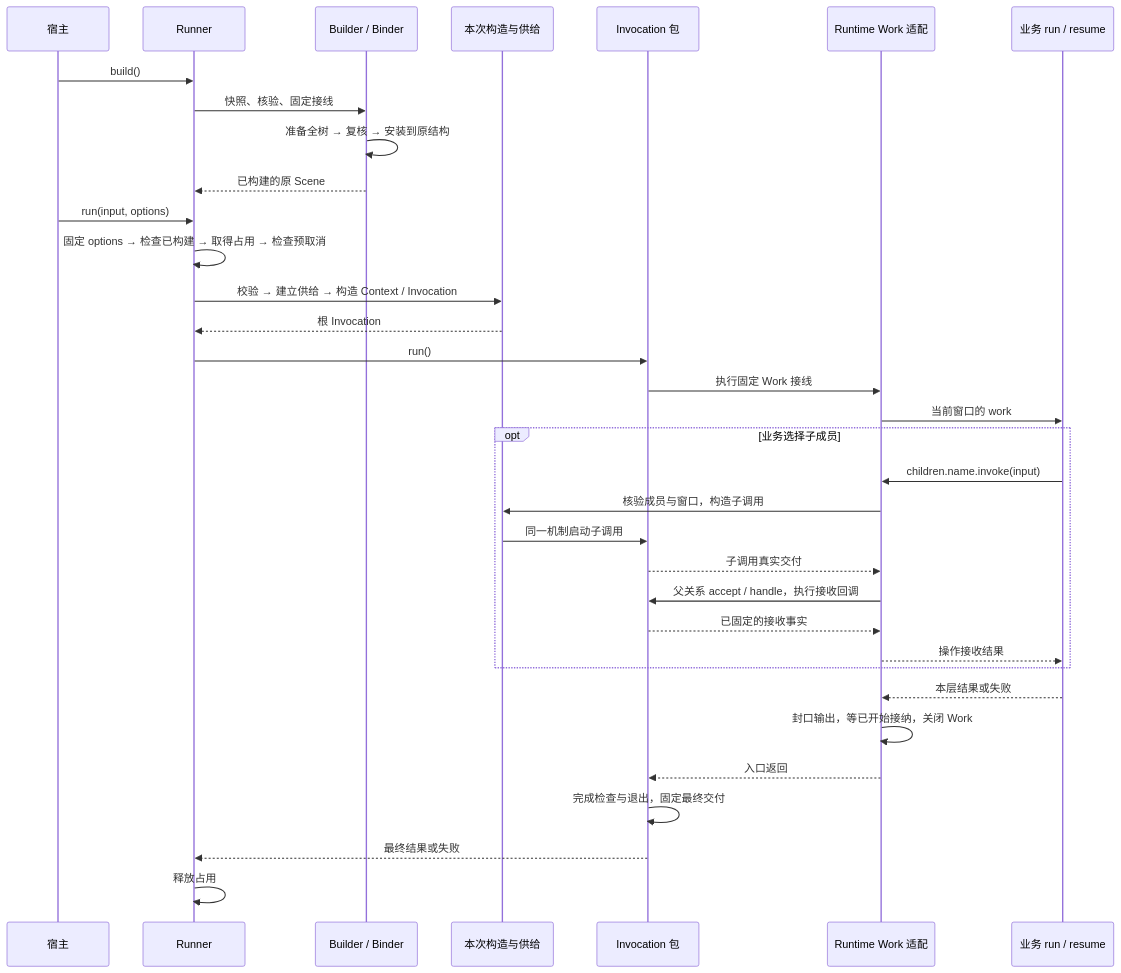
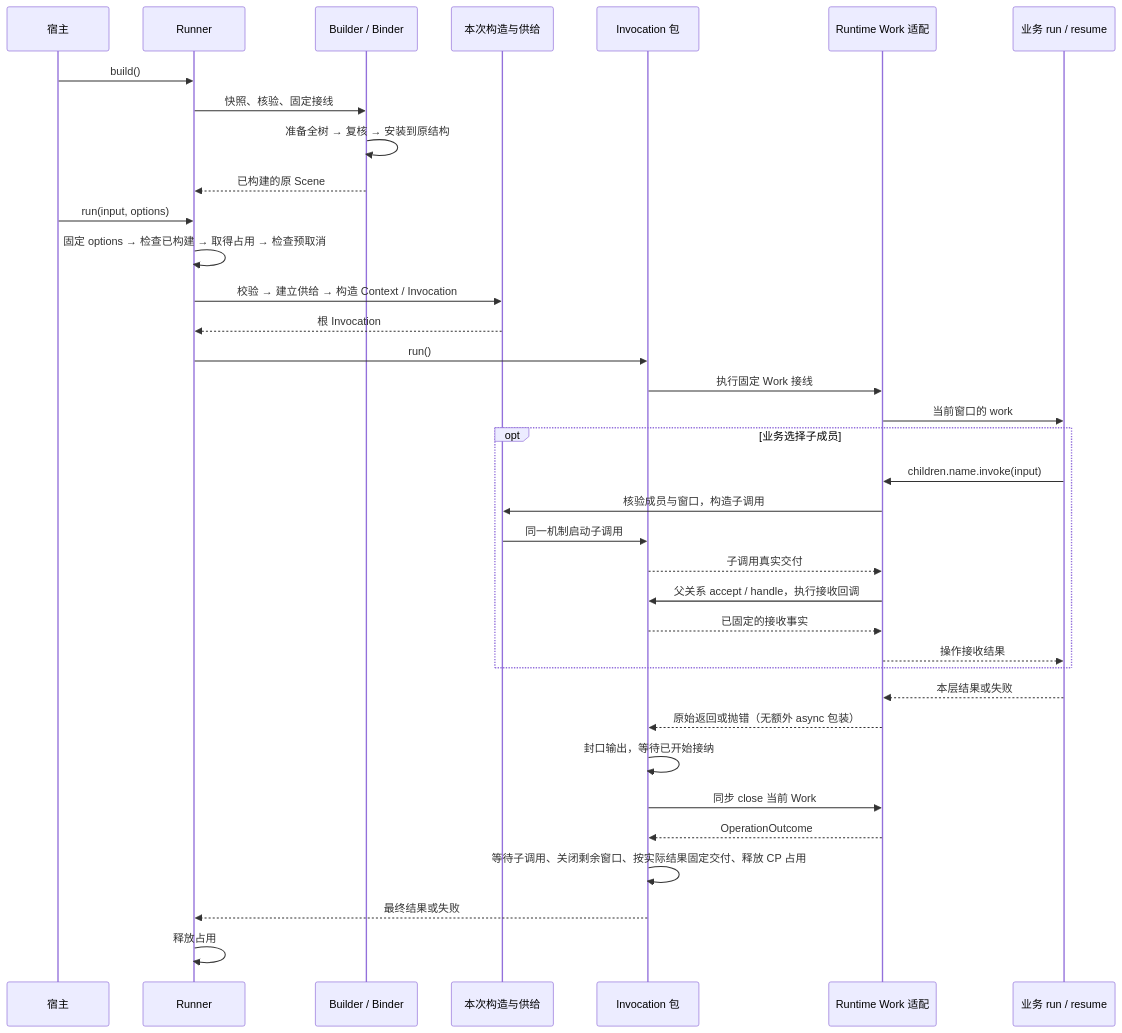
Before and after one commit to weiliang0121/capix: the second of 2 diagrams in docs/runtime-boundaries.md, drawn with Mermaid. The commit also changed other lines of this file and 15 other files, not shown here.

````diff
--- a/docs/runtime-boundaries.md
+++ b/docs/runtime-boundaries.md
@@ -183,36 +183,38 @@
 ```mermaid
 sequenceDiagram
     participant Host as 宿主
     participant Runner
     participant Build as Builder / Binder
     participant Calls as 本次构造与供给
     participant Invoke as Invocation 包
     participant Adapt as Runtime Work 适配
     participant Business as 业务 run / resume
     Host->>Runner: build()
     Runner->>Build: 快照、核验、固定接线
     Build->>Build: 准备全树 → 复核 → 安装到原结构
     Build-->>Runner: 已构建的原 Scene
     Host->>Runner: run(input, options)
     Runner->>Runner: 固定 options → 检查已构建 → 取得占用 → 检查预取消
     Runner->>Calls: 校验 → 建立供给 → 构造 Context / Invocation
     Calls-->>Runner: 根 Invocation
     Runner->>Invoke: run()
     Invoke->>Adapt: 执行固定 Work 接线
     Adapt->>Business: 当前窗口的 work
     opt 业务选择子成员
         Business->>Adapt: children.name.invoke(input)
         Adapt->>Calls: 核验成员与窗口，构造子调用
         Calls->>Invoke: 同一机制启动子调用
         Invoke-->>Adapt: 子调用真实交付
         Adapt->>Invoke: 父关系 accept / handle，执行接收回调
         Invoke-->>Adapt: 已固定的接收事实
         Adapt-->>Business: 操作接收结果
     end
     Business-->>Adapt: 本层结果或失败
-    Adapt->>Adapt: 封口输出，等已开始接纳，关闭 Work
-    Adapt-->>Invoke: 入口返回
-    Invoke->>Invoke: 完成检查与退出，固定最终交付
+    Adapt-->>Invoke: 原始返回或抛错（无额外 async 包装）
+    Invoke->>Invoke: 封口输出，等待已开始接纳
+    Invoke->>Adapt: 同步 close 当前 Work
+    Adapt-->>Invoke: OperationOutcome
+    Invoke->>Invoke: 等待子调用、关闭剩余窗口、按实际结果固定交付、释放 CP 占用
     Invoke-->>Runner: 最终结果或失败
     Runner->>Runner: 释放占用
 ```
````
